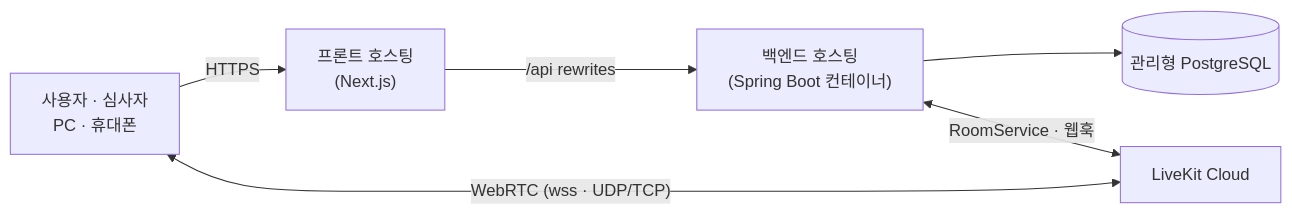
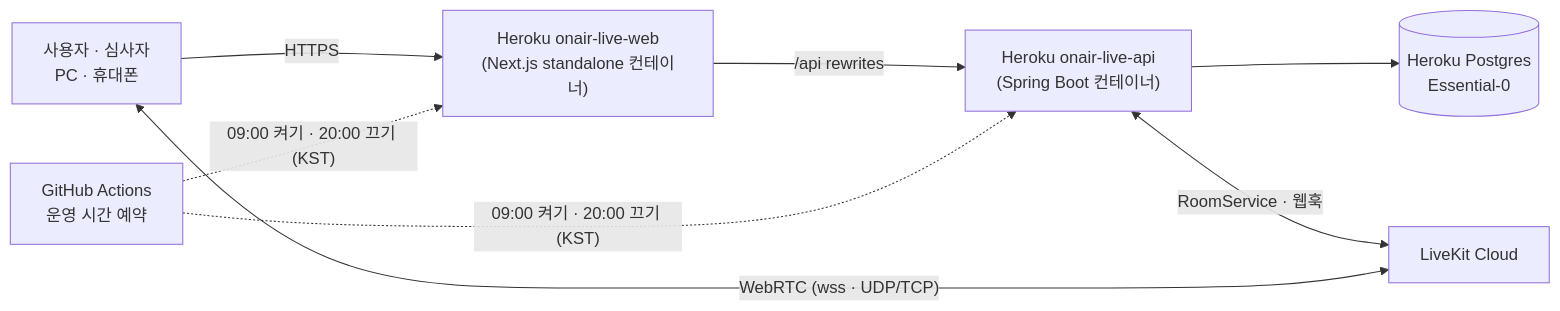
One commit to codes-gy/live-platform changed the fifth of 5 diagrams in docs/ARCHITECTURE.md. Above: the diagram before and after it, drawn with Mermaid. The commit also changed other lines of this file and 12 other files, not shown here.

First line of the commit message:
chore: Heroku 배포 — 컨테이너 이미지 · 배포 스크립트 · 운영 시간 예약 (#9)

````diff
--- a/docs/ARCHITECTURE.md
+++ b/docs/ARCHITECTURE.md
@@ -191,8 +191,9 @@
 ```mermaid
 flowchart LR
-    U["사용자 · 심사자<br/>PC · 휴대폰"] -- HTTPS --> FE["프론트 호스팅<br/>(Next.js)"]
-    FE -- "/api rewrites" --> BE["백엔드 호스팅<br/>(Spring Boot 컨테이너)"]
-    BE --> PG[("관리형 PostgreSQL")]
+    U["사용자 · 심사자<br/>PC · 휴대폰"] -- HTTPS --> FE["Heroku onair-live-web<br/>(Next.js standalone 컨테이너)"]
+    FE -- "/api rewrites" --> BE["Heroku onair-live-api<br/>(Spring Boot 컨테이너)"]
+    BE --> PG[("Heroku Postgres<br/>Essential-0")]
     BE <-- "RoomService · 웹훅" --> LK["LiveKit Cloud"]
     U <-- "WebRTC (wss · UDP/TCP)" --> LK
+    GH["GitHub Actions<br/>운영 시간 예약"] -. "09:00 켜기 · 20:00 끄기 (KST)" .-> FE & BE
 ```
````
